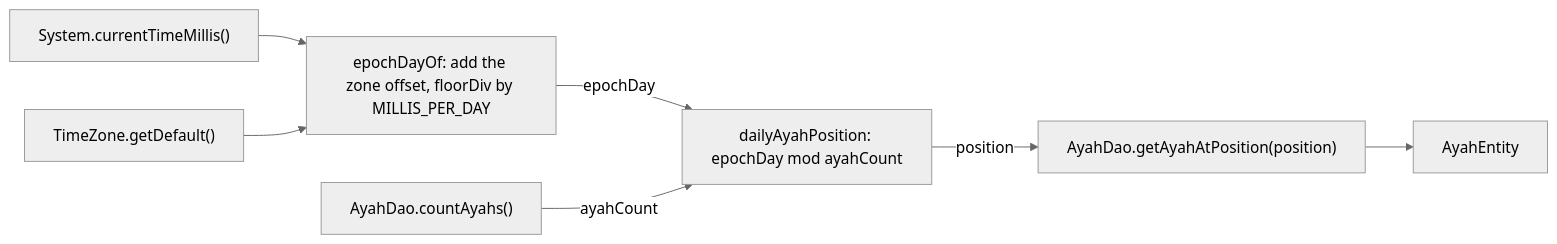
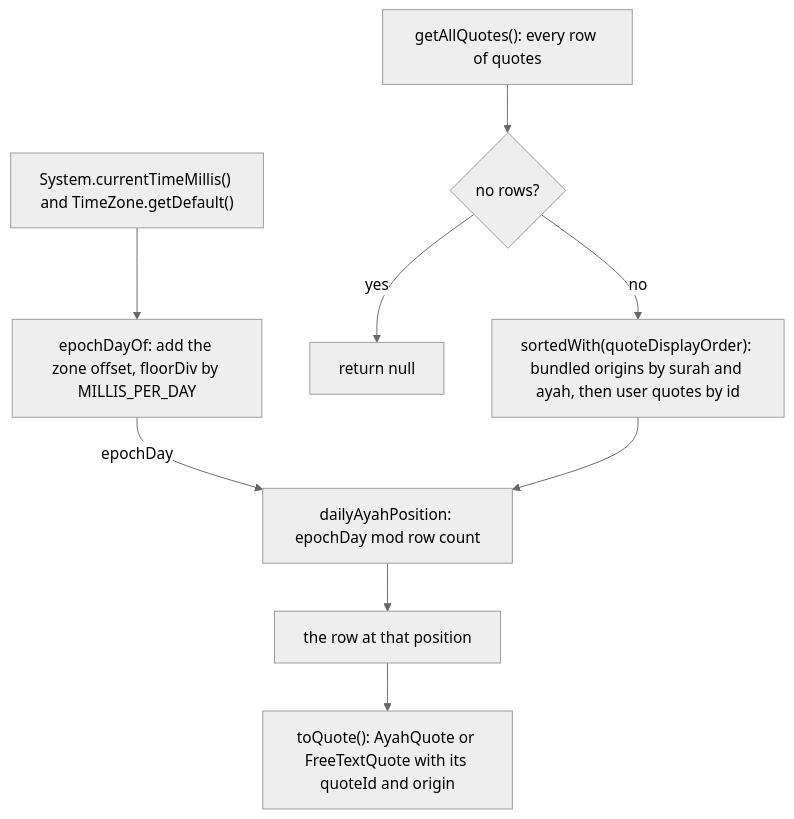
Before and after one commit to shibbirweb/al-quran-quotes-android: the first of 3 diagrams in docs/Developer-Daily-Ayah-Logic.md, drawn with Mermaid (neutral theme). The commit also changed other lines of this file and 206 other files, not shown here.

First line of the commit message:
feat: add bottom navigation, quote CRUD with editable bundled ayahs, and a Room schema history check

````diff
--- a/docs/Developer-Daily-Ayah-Logic.md
+++ b/docs/Developer-Daily-Ayah-Logic.md
@@ -28,16 +35,20 @@
 ```mermaid
-flowchart LR
-    Clock["System.currentTimeMillis()"]
-    Zone["TimeZone.getDefault()"]
+flowchart TD
+    Clock["System.currentTimeMillis() and TimeZone.getDefault()"]
     EpochDayOf["epochDayOf: add the zone offset, floorDiv by MILLIS_PER_DAY"]
-    Count["AyahDao.countAyahs()"]
-    Position["dailyAyahPosition: epochDay mod ayahCount"]
-    Lookup["AyahDao.getAyahAtPosition(position)"]
-    Entity["AyahEntity"]
+    ReadAll["getAllQuotes(): every row of quotes"]
+    Empty{"no rows?"}
+    NoQuote["return null"]
+    Sort["sortedWith(quoteDisplayOrder): bundled origins by surah and ayah, then user quotes by id"]
+    Position["dailyAyahPosition: epochDay mod row count"]
+    Pick["the row at that position"]
+    Map["toQuote(): AyahQuote or FreeTextQuote with its quoteId and origin"]
     Clock --> EpochDayOf
-    Zone --> EpochDayOf
     EpochDayOf -->|"epochDay"| Position
-    Count -->|"ayahCount"| Position
-    Position -->|"position"| Lookup
-    Lookup --> Entity
+    ReadAll --> Empty
+    Empty -->|"yes"| NoQuote
+    Empty -->|"no"| Sort
+    Sort --> Position
+    Position --> Pick
+    Pick --> Map
 ```
````
